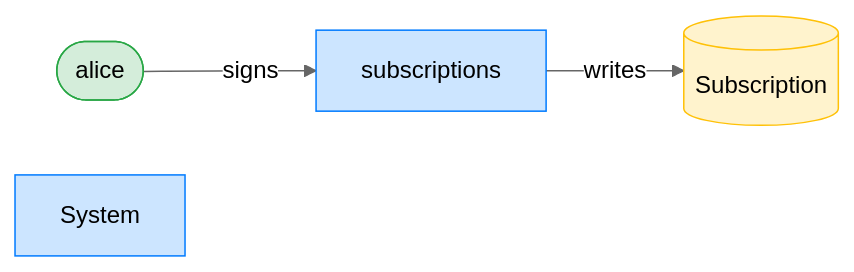
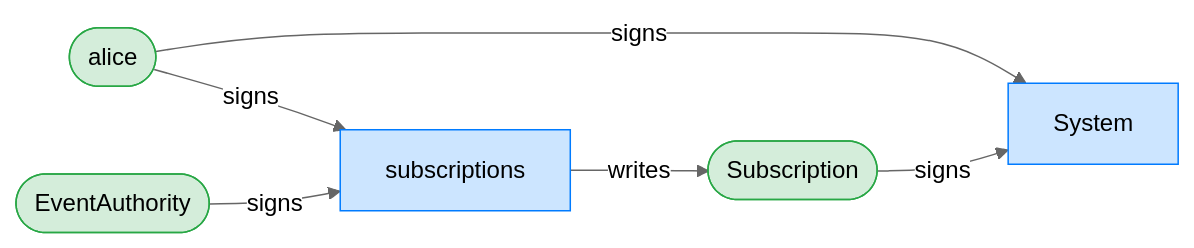
Before and after one commit to cds-rs/subscriptions: diagram 11 of 12 in dsl_tests/subscribe--happy-path-.md, drawn with Mermaid (neutral theme). The commit also changed other lines of this file and 224 other files, not shown here.

````diff
--- a/dsl_tests/subscribe--happy-path-.md
+++ b/dsl_tests/subscribe--happy-path-.md
@@ -210,12 +219,16 @@
 ```mermaid
 flowchart LR
     classDef signer fill:#d4edda,stroke:#28a745;
     classDef program fill:#cce5ff,stroke:#007bff;
     classDef writable fill:#fff3cd,stroke:#ffc107;
     subscriptions[subscriptions]:::program
     alice([alice]):::signer
-    Subscription[(Subscription)]:::writable
+    Subscription([Subscription]):::signer
     System[System]:::program
+    EventAuthority([EventAuthority]):::signer
     alice -->|signs| subscriptions
+    alice -->|signs| System
+    Subscription -->|signs| System
+    EventAuthority -->|signs| subscriptions
     subscriptions -->|writes| Subscription
 ```
````
